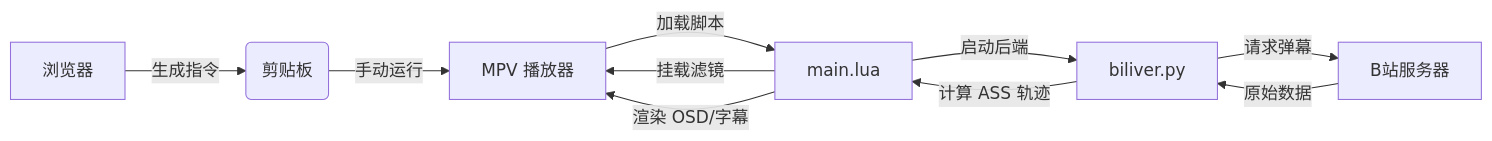
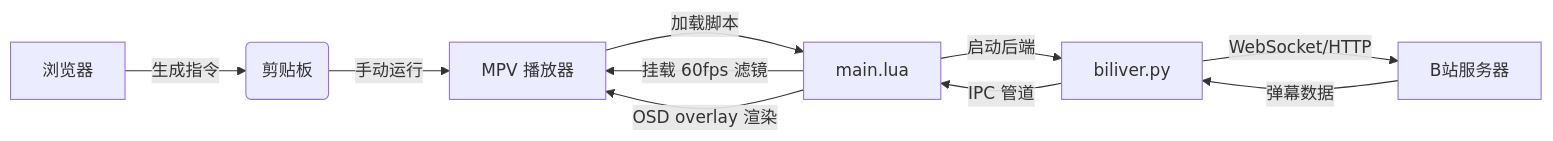
The diagram in Description.md (Q3dlaXpoaQ/Biliver), drawn with Mermaid before and after one commit. The commit also changed other lines of this file and 5 other files, not shown here.

````diff
--- a/Description.md
+++ b/Description.md
@@ -83,12 +199,12 @@
 ```mermaid
 flowchart LR
     A[浏览器] -->|生成指令| B(剪贴板)
     B -->|手动运行| C[MPV 播放器]
     C -->|加载脚本| D[main.lua]
-    D -->|挂载滤镜| C
+    D -->|挂载 60fps 滤镜| C
     D -->|启动后端| E[biliver.py]
-    E -->|请求弹幕| F[B站服务器]
-    F -->|原始数据| E
-    E -->|计算 ASS 轨迹| D
-    D -->|渲染 OSD/字幕| C
+    E -->|WebSocket/HTTP| F[B站服务器]
+    F -->|弹幕数据| E
+    E -->|IPC 管道| D
+    D -->|OSD overlay 渲染| C
 ```
````
